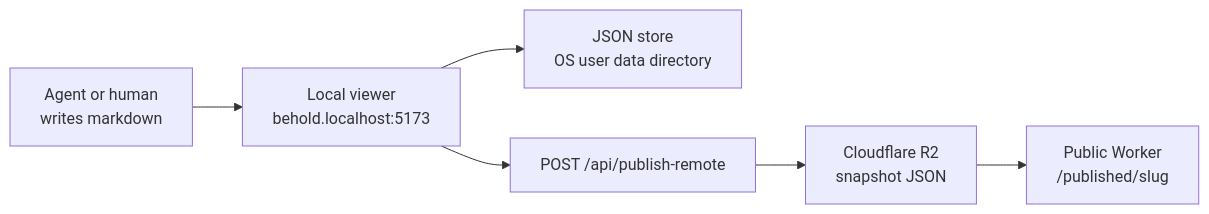
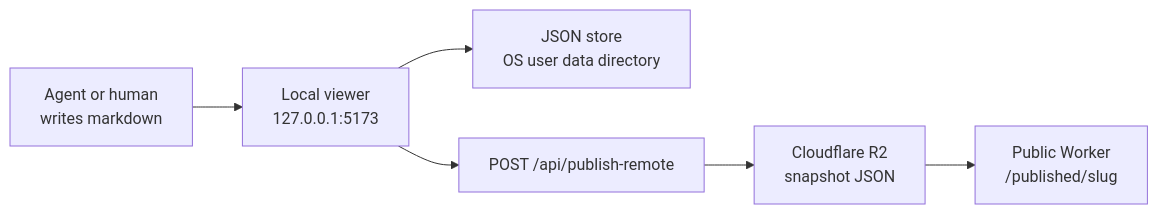
The first of 3 diagrams in docs/codebase-tour.md (kitlangton/behold), drawn with Mermaid before and after one commit. The commit also changed 23 other files, not shown here.

````diff
--- a/docs/codebase-tour.md
+++ b/docs/codebase-tour.md
@@ -9,8 +9,8 @@
 ```mermaid
 flowchart LR
-  A[Agent or human\nwrites markdown] --> V[Local viewer\nbehold.localhost:5173]
+  A[Agent or human\nwrites markdown] --> V[Local viewer\n127.0.0.1:5173]
   V --> S[JSON store\nOS user data directory]
   V --> P[POST /api/publish-remote]
   P --> B[Cloudflare R2\nsnapshot JSON]
   B --> W[Public Worker\n/published/slug]
 ```
````
